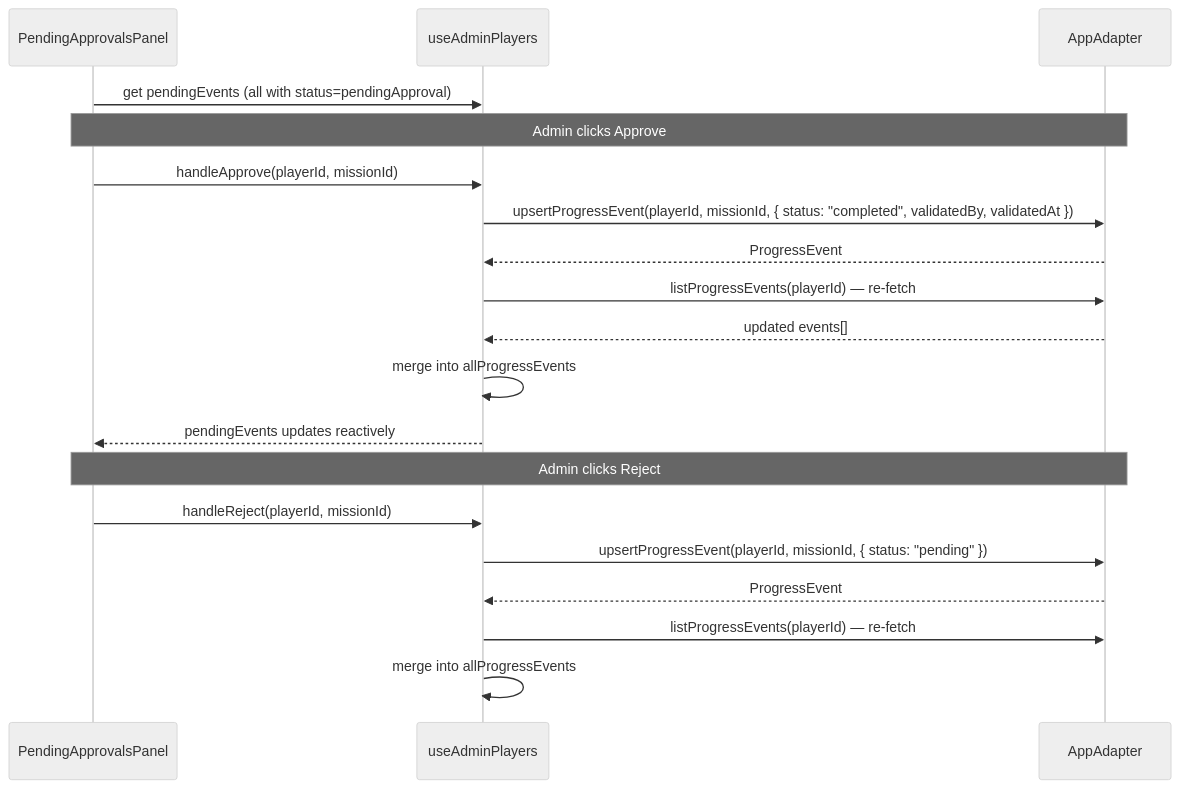
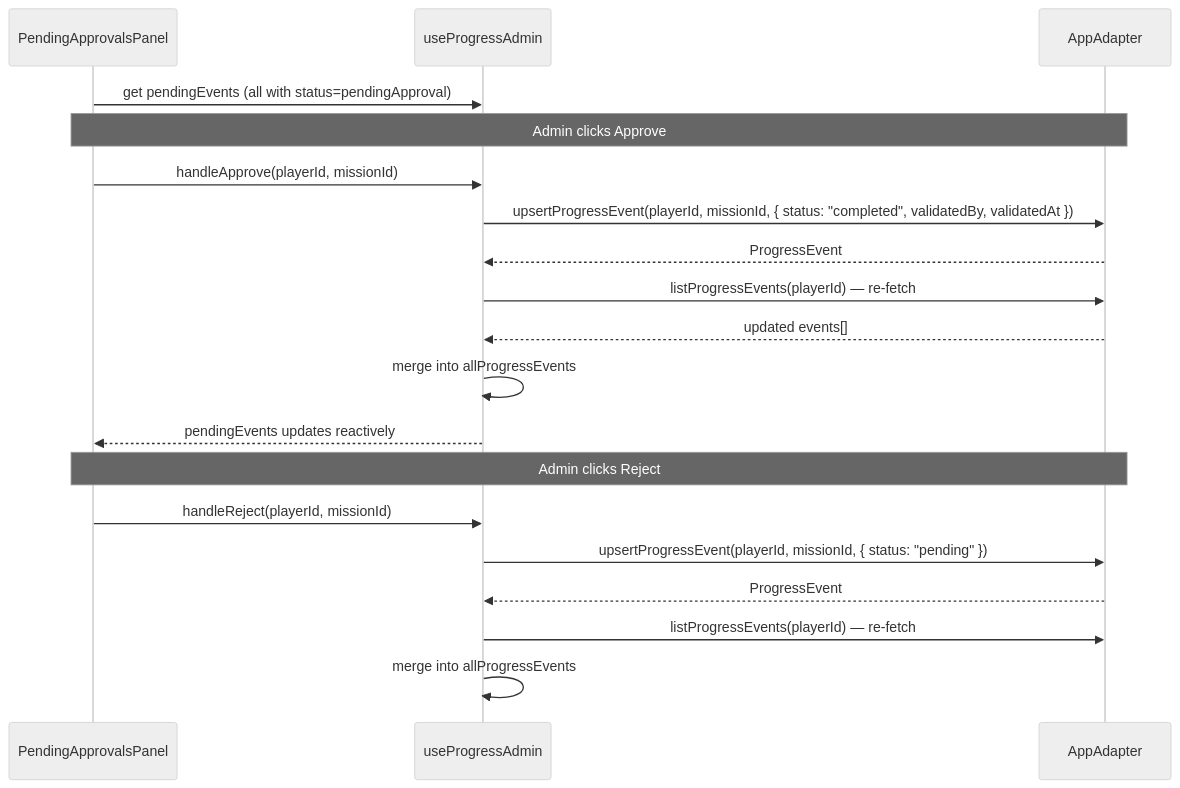
Before and after one commit to hoonsubin/messe-buddy-app: the eighth of 8 diagrams in docs/admin-view-data.md, drawn with Mermaid (neutral theme). The commit also changed other lines of this file and 43 other files, not shown here.

````diff
--- a/docs/admin-view-data.md
+++ b/docs/admin-view-data.md
@@ -751,24 +773,24 @@
 ```mermaid
 sequenceDiagram
     participant Panel as PendingApprovalsPanel
-    participant Players as useAdminPlayers
+    participant Players as useProgressAdmin
     participant Adapter as AppAdapter
 
     Panel->>Players: get pendingEvents (all with status=pendingApproval)
     
     Note over Panel,Adapter: Admin clicks Approve
     Panel->>Players: handleApprove(playerId, missionId)
     Players->>Adapter: upsertProgressEvent(playerId, missionId, { status: "completed", validatedBy, validatedAt })
     Adapter-->>Players: ProgressEvent
     Players->>Adapter: listProgressEvents(playerId) — re-fetch
     Adapter-->>Players: updated events[]
     Players->>Players: merge into allProgressEvents
     Players-->>Panel: pendingEvents updates reactively
 
     Note over Panel,Adapter: Admin clicks Reject
     Panel->>Players: handleReject(playerId, missionId)
     Players->>Adapter: upsertProgressEvent(playerId, missionId, { status: "pending" })
     Adapter-->>Players: ProgressEvent
     Players->>Adapter: listProgressEvents(playerId) — re-fetch
     Players->>Players: merge into allProgressEvents
 ```
````
